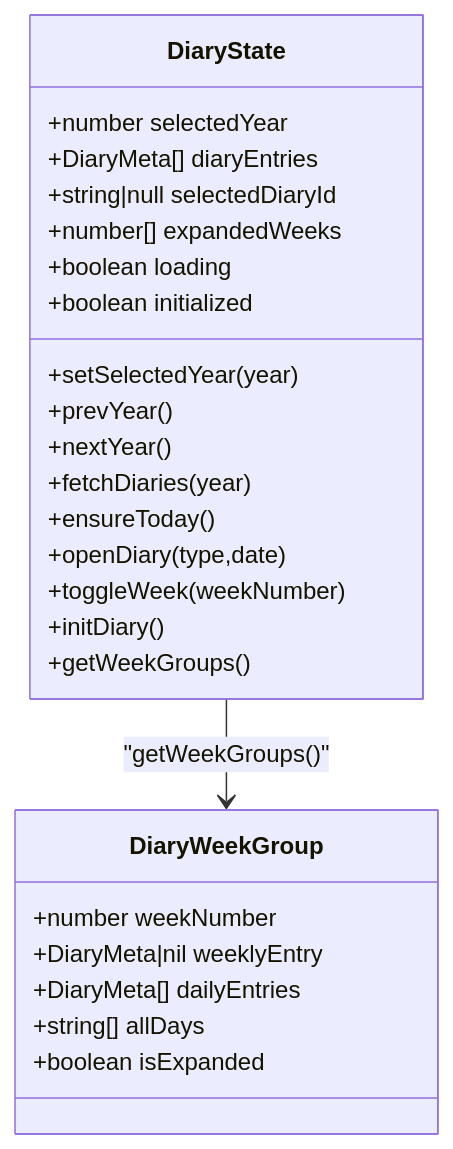
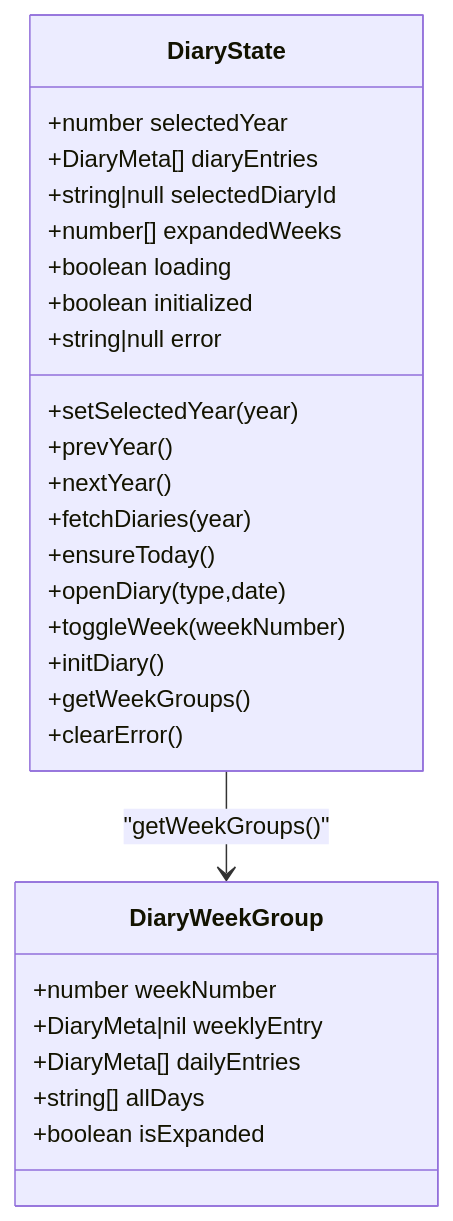
Before and after one commit to BlackBoxRecorder/uninote: the third of 8 diagrams in .qoder/repowiki/zh/content/状态管理/日记状态.md, drawn with Mermaid. The commit also changed other lines of this file and 9 other files, not shown here.

````diff
--- a/.qoder/repowiki/zh/content/状态管理/日记状态.md
+++ b/.qoder/repowiki/zh/content/状态管理/日记状态.md
@@ -161,28 +172,30 @@
 ```mermaid
 classDiagram
 class DiaryState {
 +number selectedYear
 +DiaryMeta[] diaryEntries
 +string|null selectedDiaryId
 +number[] expandedWeeks
 +boolean loading
 +boolean initialized
++string|null error
 +setSelectedYear(year)
 +prevYear()
 +nextYear()
 +fetchDiaries(year)
 +ensureToday()
 +openDiary(type,date)
 +toggleWeek(weekNumber)
 +initDiary()
 +getWeekGroups()
++clearError()
 }
 class DiaryWeekGroup {
 +number weekNumber
 +DiaryMeta|nil weeklyEntry
 +DiaryMeta[] dailyEntries
 +string[] allDays
 +boolean isExpanded
 }
 DiaryState --> DiaryWeekGroup : "getWeekGroups()"
 ```
````
